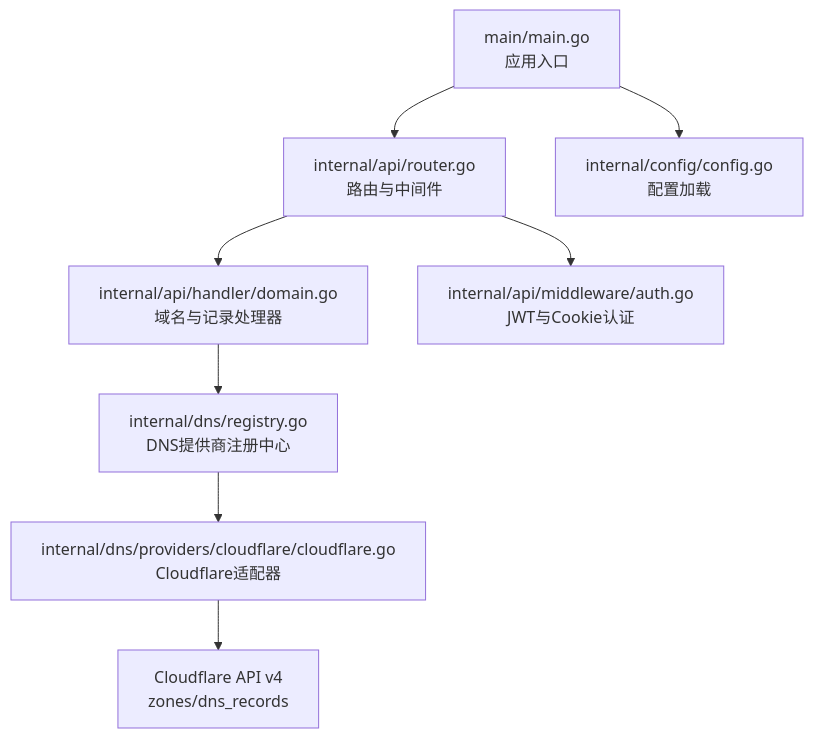
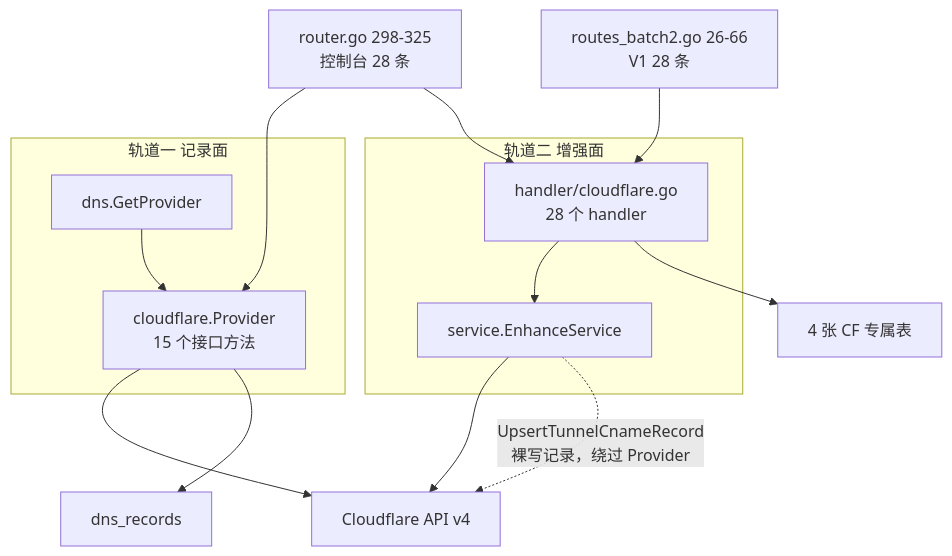
One commit to x01n/dnsplane changed the second of 4 diagrams in docs/DNS管理功能/支持的DNS服务商/Cloudflare DNS.md. Above: the diagram before and after it, drawn with Mermaid. The commit also changed other lines of this file and 326 other files, not shown here.

````diff
--- a/docs/DNS管理功能/支持的DNS服务商/Cloudflare DNS.md
+++ b/docs/DNS管理功能/支持的DNS服务商/Cloudflare DNS.md
@@ -44,10 +157,17 @@
 ```mermaid
-graph TB
-A["main/main.go<br/>应用入口"] --> B["internal/api/router.go<br/>路由与中间件"]
-B --> C["internal/api/handler/domain.go<br/>域名与记录处理器"]
-C --> D["internal/dns/registry.go<br/>DNS提供商注册中心"]
-D --> E["internal/dns/providers/cloudflare/cloudflare.go<br/>Cloudflare适配器"]
-E --> F["Cloudflare API v4<br/>zones/dns_records"]
-B --> G["internal/api/middleware/auth.go<br/>JWT与Cookie认证"]
-A --> H["internal/config/config.go<br/>配置加载"]
+flowchart TB
+    R1["router.go 298-325<br/>控制台 28 条"] --> PV
+    R1 --> HD
+    R2["routes_batch2.go 26-66<br/>V1 28 条"] --> HD
+    subgraph TrackA["轨道一 记录面"]
+        REG["dns.GetProvider"] --> PV["cloudflare.Provider<br/>15 个接口方法"]
+    end
+    subgraph TrackB["轨道二 增强面"]
+        HD["handler/cloudflare.go<br/>28 个 handler"] --> ES["service.EnhanceService"]
+    end
+    PV --> API["Cloudflare API v4"]
+    ES --> API
+    PV --> T1["dns_records"]
+    HD --> T2["4 张 CF 专属表"]
+    ES -. "UpsertTunnelCnameRecord<br/>裸写记录，绕过 Provider" .-> API
 ```
````
